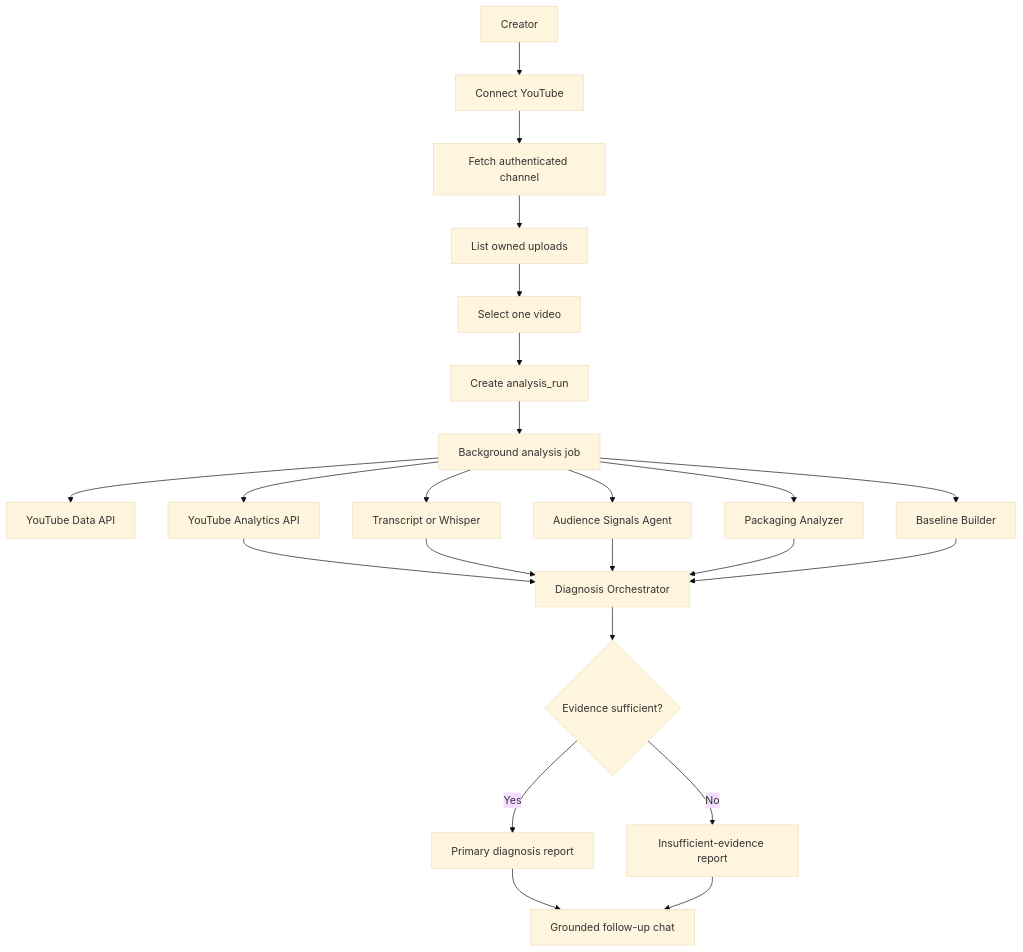
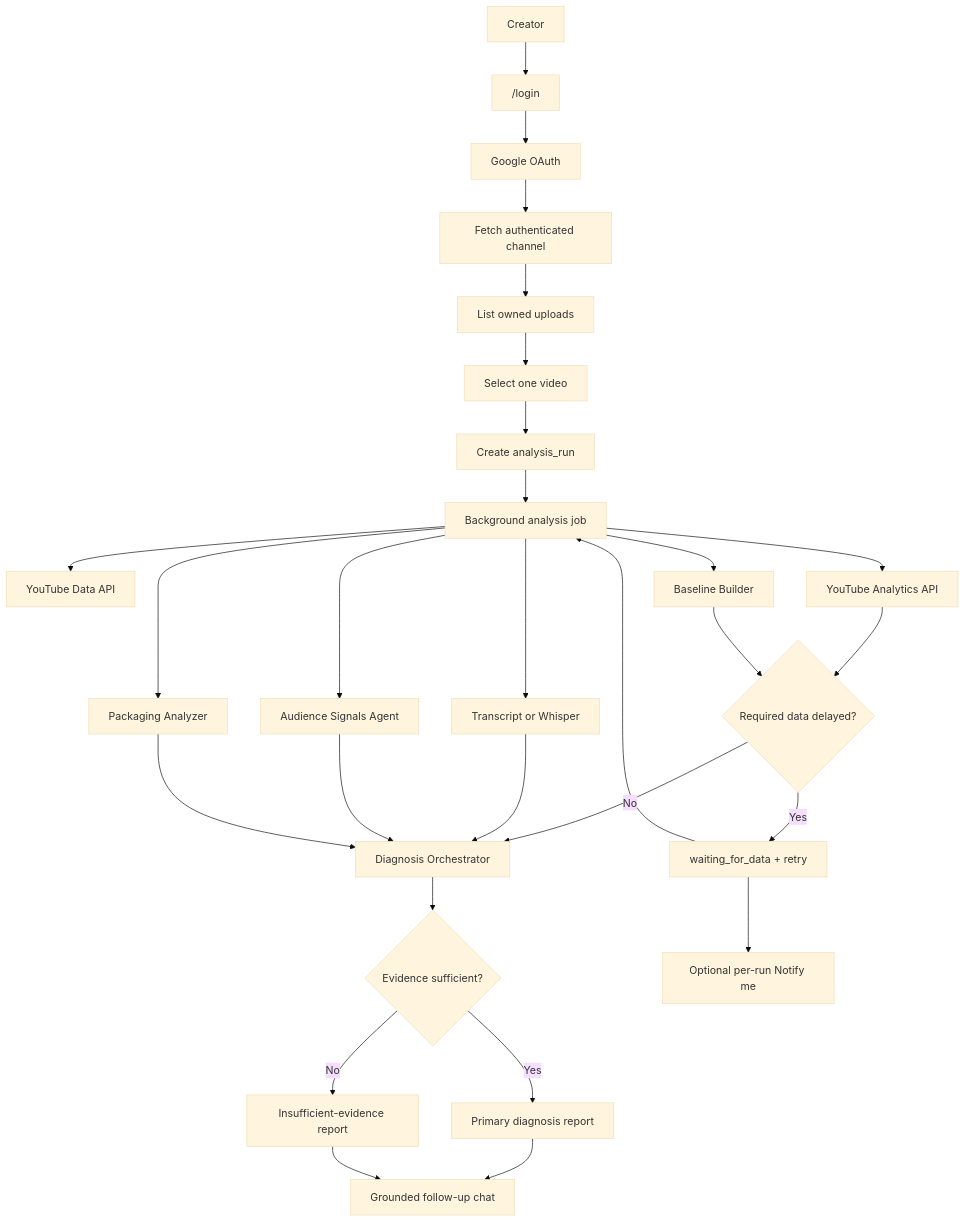
The diagram in README.md (nirmaljb/CreatorGPT), drawn with Mermaid (base theme) before and after one commit. The commit also changed other lines of this file and 23 other files, not shown here.

Commit message:
feat: implement YouTube OAuth login flow with session management and FAQ updates

````diff
--- a/README.md
+++ b/README.md
@@ -104,29 +116,34 @@
 ```mermaid
 flowchart TD
-    user["Creator"] --> auth["Connect YouTube"]
+    user["Creator"] --> login["/login"]
+    login --> auth["Google OAuth"]
     auth --> channel["Fetch authenticated channel"]
     channel --> owned["List owned uploads"]
     owned --> selected["Select one video"]
     selected --> run["Create analysis_run"]
     run --> job["Background analysis job"]
 
     job --> ytdata["YouTube Data API"]
     job --> ytanalytics["YouTube Analytics API"]
     job --> transcript["Transcript or Whisper"]
     job --> comments["Audience Signals Agent"]
     job --> packaging["Packaging Analyzer"]
     job --> baseline["Baseline Builder"]
+    ytanalytics --> waiting{"Required data delayed?"}
+    baseline --> waiting
+    waiting -->|Yes| retry["waiting_for_data + retry"]
+    retry --> job
 
-    ytanalytics --> diagnosis["Diagnosis Orchestrator"]
+    waiting -->|No| diagnosis["Diagnosis Orchestrator"]
     transcript --> diagnosis
     comments --> diagnosis
     packaging --> diagnosis
-    baseline --> diagnosis
 
     diagnosis --> gate{"Evidence sufficient?"}
     gate -->|Yes| report["Primary diagnosis report"]
     gate -->|No| gaps["Insufficient-evidence report"]
 
     report --> followup["Grounded follow-up chat"]
     gaps --> followup
+    retry --> notify["Optional per-run Notify me"]
 ```
````
